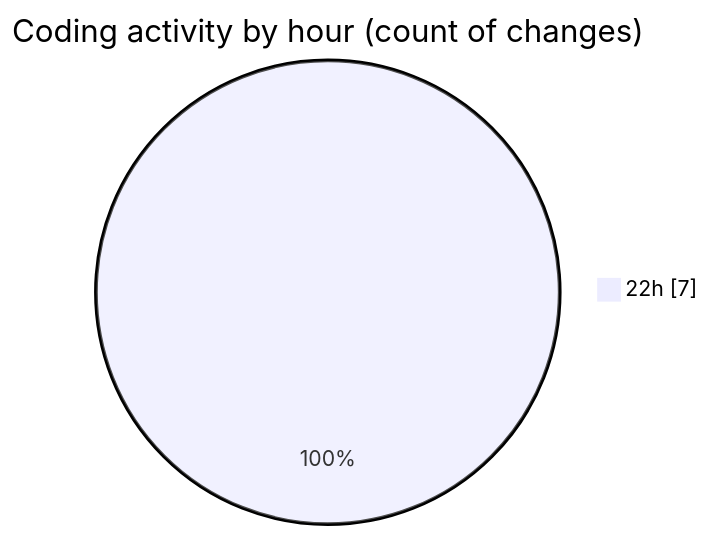
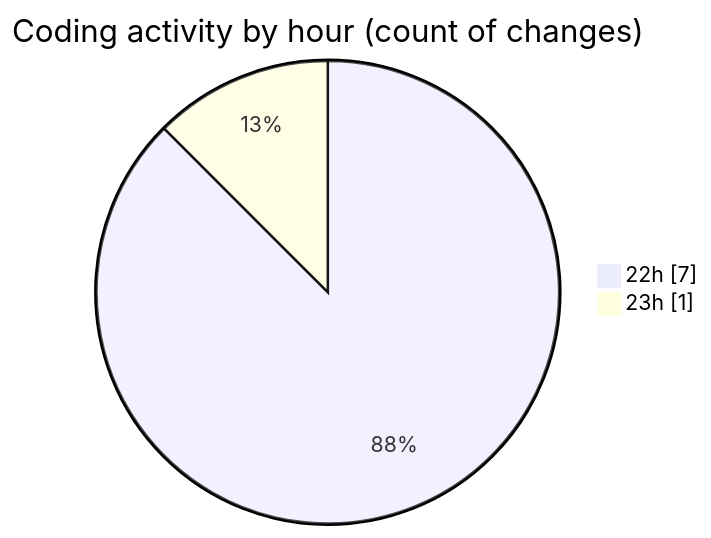
One commit to hasnaa123/code-tracking changed the second of 2 diagrams in 2025-12-24/technologie_web/README.md. Above: the diagram before and after it, drawn with Mermaid. The commit also changed other lines of this file and 1 other file, not shown here.

````diff
--- a/2025-12-24/technologie_web/README.md
+++ b/2025-12-24/technologie_web/README.md
@@ -28,5 +28,6 @@
 ```mermaid
 pie showData
 title Coding activity by hour (count of changes)
 "22h" : 7
+"23h" : 1
 ```
````
